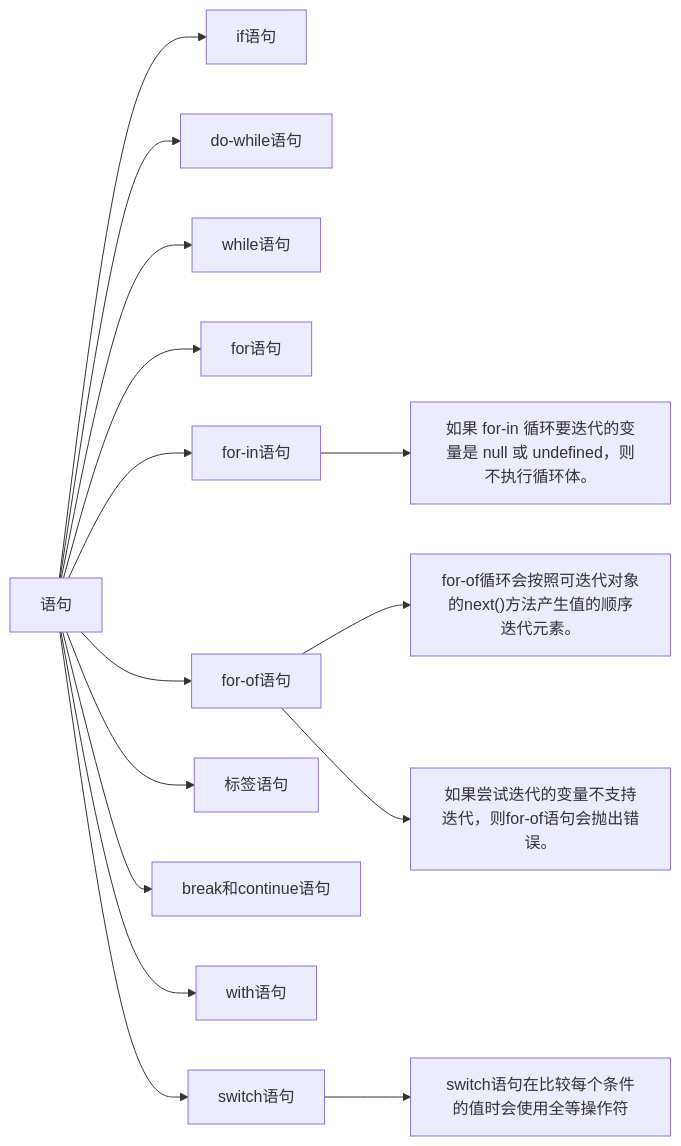
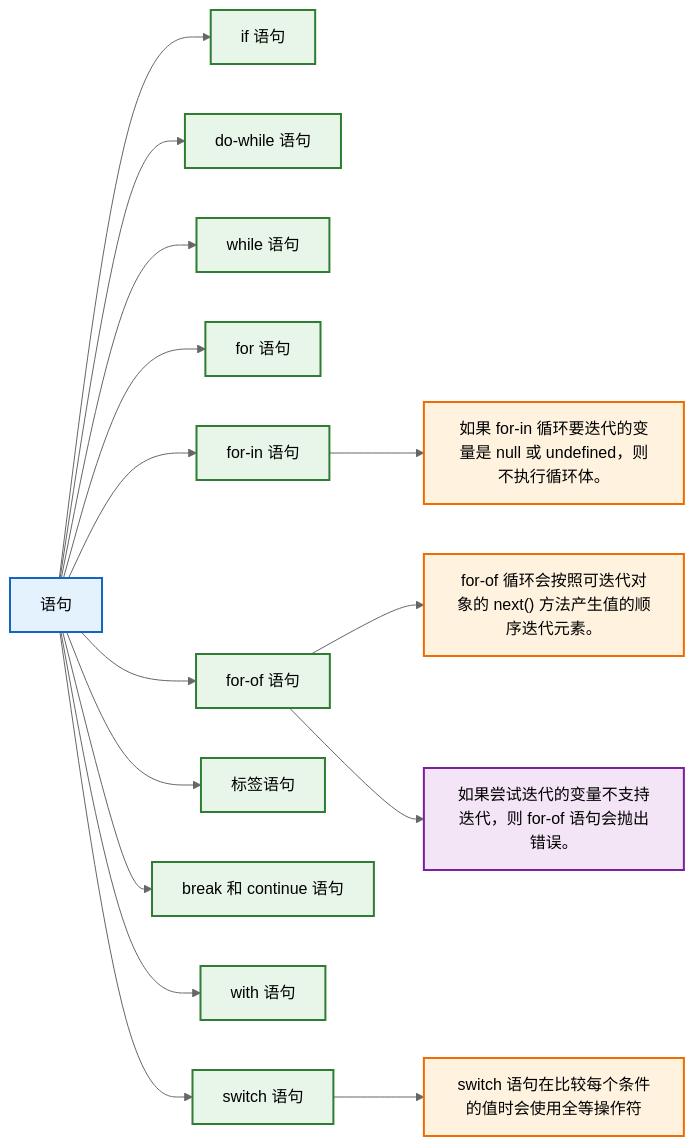
The third of 3 diagrams in docs/website/language/JavaScript/High-Performance JavaScript/第3章 语言基础.md (LBJhui/LBJhui-blog), drawn with Mermaid before and after one commit. The commit also changed other lines of this file and 4 other files, not shown here.

````diff
--- a/docs/website/language/JavaScript/High-Performance JavaScript/第3章 语言基础.md
+++ b/docs/website/language/JavaScript/High-Performance JavaScript/第3章 语言基础.md
@@ -1574,14 +1602,28 @@
 ```mermaid
+%%{init: { "theme": "neutral", "themeVariables": { "fontFamily": "Microsoft YaHei, sans-serif" }, "flowchart": { "curve": "basis" } }}%%
 graph LR
-A["语句"] --> B["if语句"]
-A --> C["do-while语句"]
-A --> D["while语句"]
-A --> E["for语句"]
-A --> F["for-in语句"] --> FA["如果 for-in 循环要迭代的变量是 null 或 undefined，则不执行循环体。"]
-A --> G["for-of语句"] --> GA["for-of循环会按照可迭代对象的next()方法产生值的顺序迭代元素。"]
-G --> GB["如果尝试迭代的变量不支持迭代，则for-of语句会抛出错误。"]
+A["语句"] --> B["if 语句"]
+A --> C["do-while 语句"]
+A --> D["while 语句"]
+A --> E["for 语句"]
+A --> F["for-in 语句"] --> FA["如果 for-in 循环要迭代的变量是 null 或 undefined，则不执行循环体。"]
+A --> G["for-of 语句"] --> GA["for-of 循环会按照可迭代对象的 next() 方法产生值的顺序迭代元素。"]
+G --> GB["如果尝试迭代的变量不支持迭代，则 for-of 语句会抛出错误。"]
 A --> H["标签语句"]
-A --> I["break和continue语句"]
-A --> J["with语句"]
-A --> K["switch语句"] --> KA["switch语句在比较每个条件的值时会使用全等操作符"]
+A --> I["break 和 continue 语句"]
+A --> J["with 语句"]
+A --> K["switch 语句"] --> KA["switch 语句在比较每个条件的值时会使用全等操作符"]
+
+%% 样式定义
+classDef level0 fill:#E3F2FD,stroke:#1565C0,stroke-width:2px;
+classDef level1 fill:#E8F5E9,stroke:#2E7D32,stroke-width:2px;
+classDef level2 fill:#FFF3E0,stroke:#EF6C00,stroke-width:2px;
+classDef level3 fill:#F3E5F5,stroke:#7B1FA2,stroke-width:2px;
+classDef decision fill:#ECEFF1,stroke:#455A64,stroke-width:2px,stroke-dasharray: 5 5;
+
+%% 样式应用
+class A level0;
+class B,C,D,E,F,G,H,I,J,K level1;
+class FA,GA,KA level2;
+class GB level3;
 ```
````
